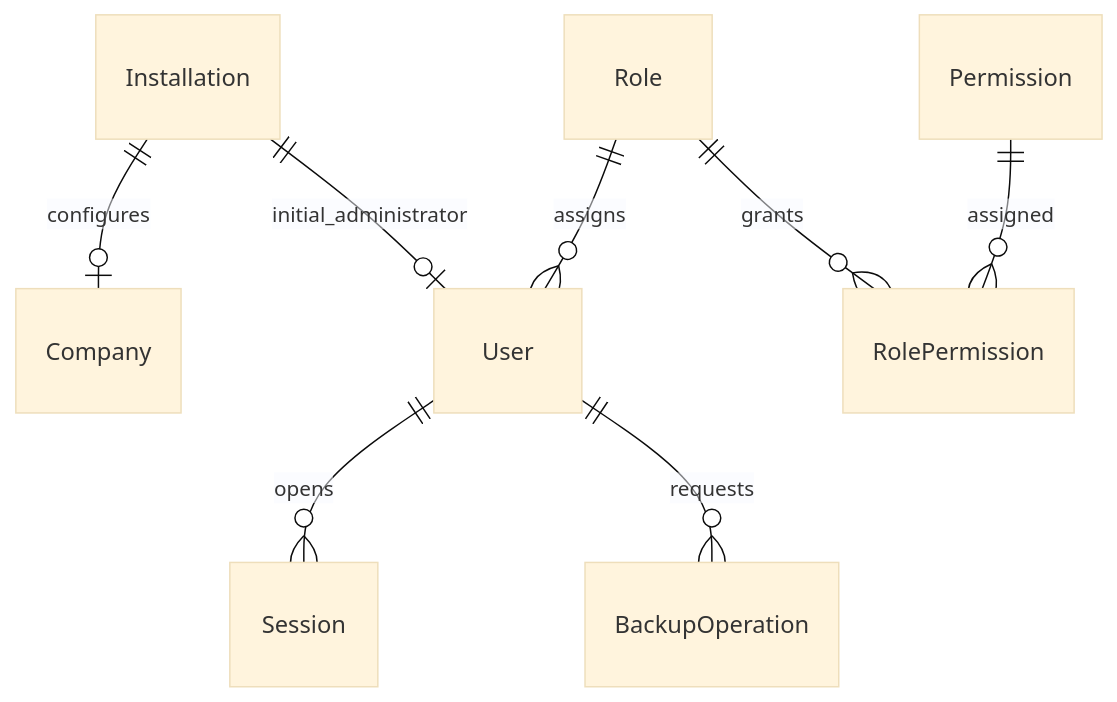
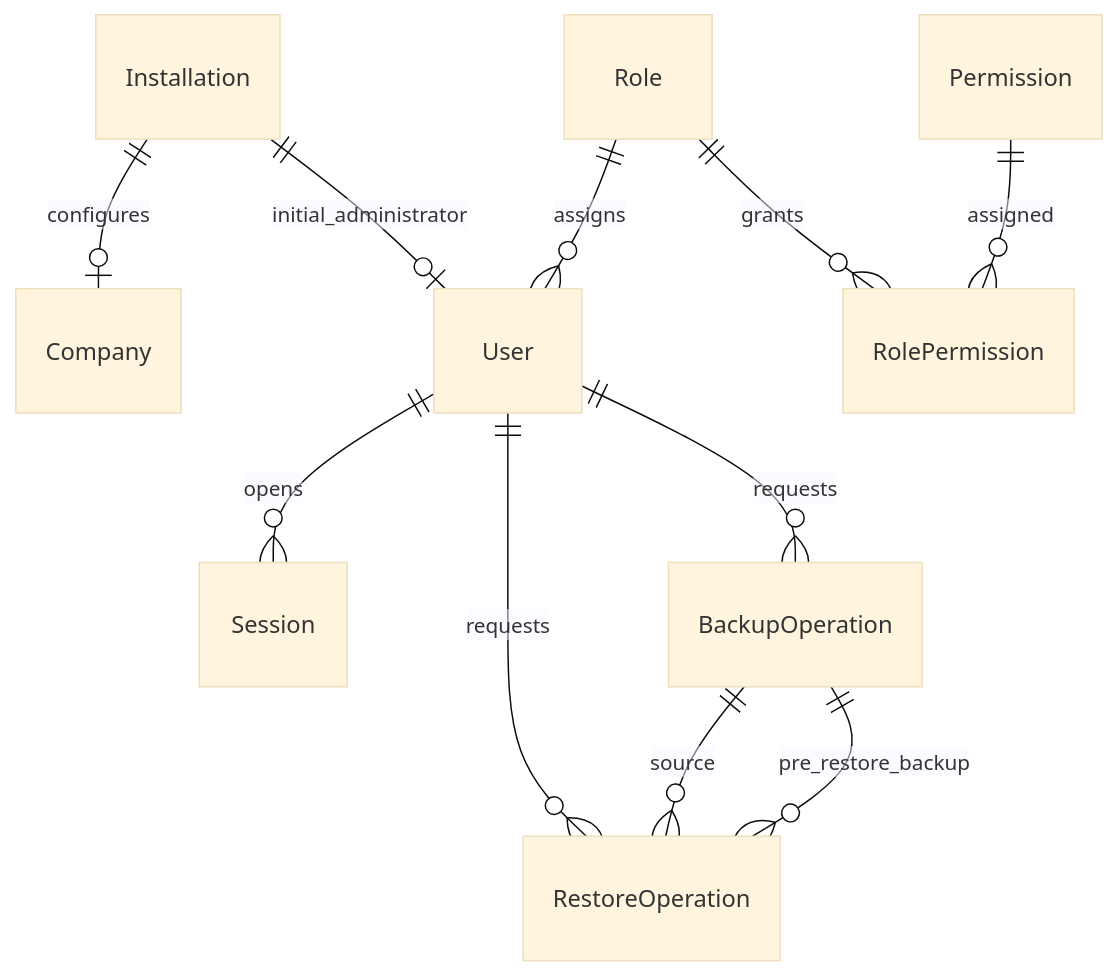
The diagram in docs/plataforma/05-modelo-fisico-datos.md (albertocs3/crigestion), drawn with Mermaid (base theme) before and after one commit. The commit also changed other lines of this file and 8 other files, not shown here.

````diff
--- a/docs/plataforma/05-modelo-fisico-datos.md
+++ b/docs/plataforma/05-modelo-fisico-datos.md
@@ -47,10 +48,13 @@
 ```mermaid
 erDiagram
     Installation ||--o| Company : configures
     Installation ||--o| User : initial_administrator
     Role ||--o{ User : assigns
     User ||--o{ Session : opens
     User ||--o{ BackupOperation : requests
+    User ||--o{ RestoreOperation : requests
+    BackupOperation ||--o{ RestoreOperation : source
+    BackupOperation ||--o{ RestoreOperation : pre_restore_backup
     Role ||--o{ RolePermission : grants
     Permission ||--o{ RolePermission : assigned
 ```
````
